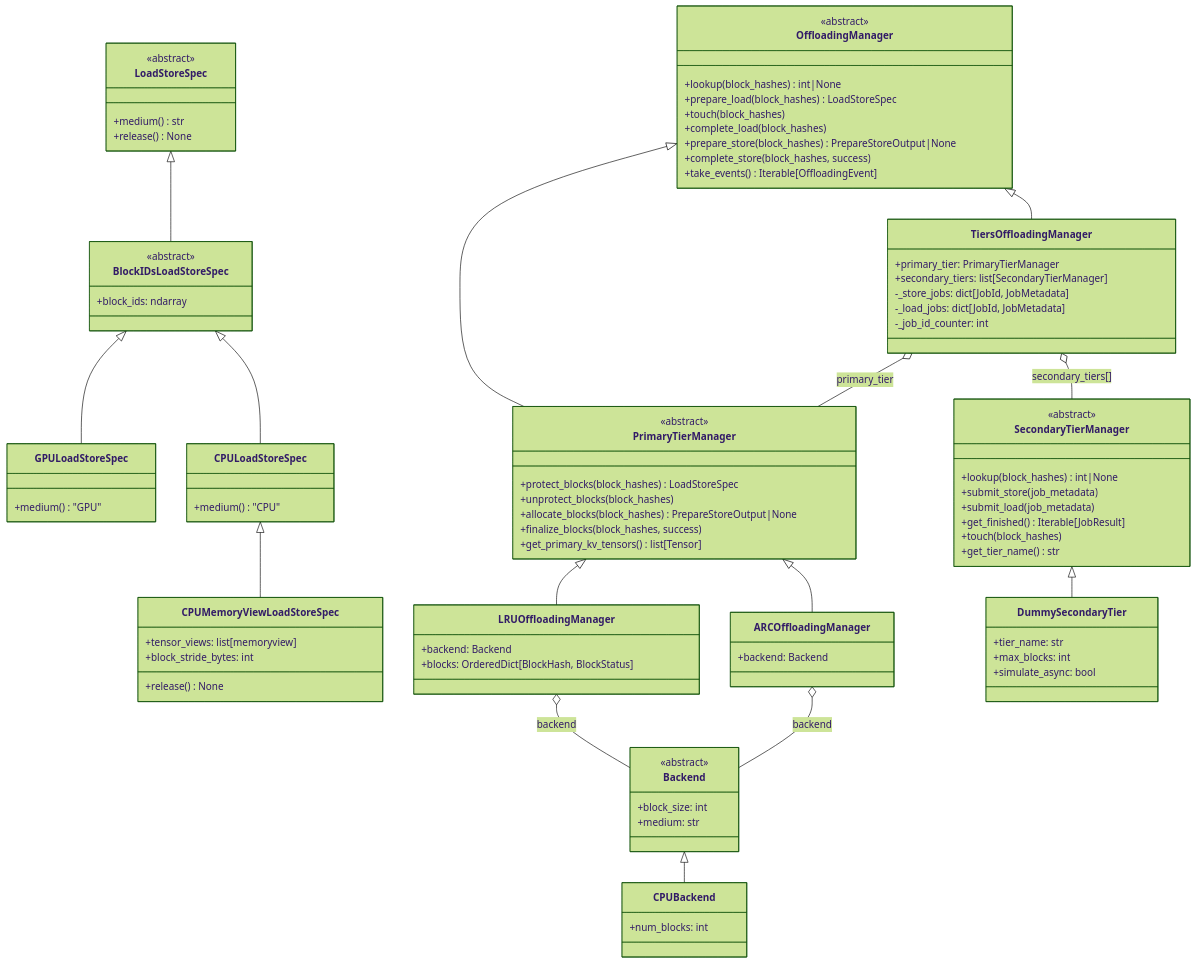
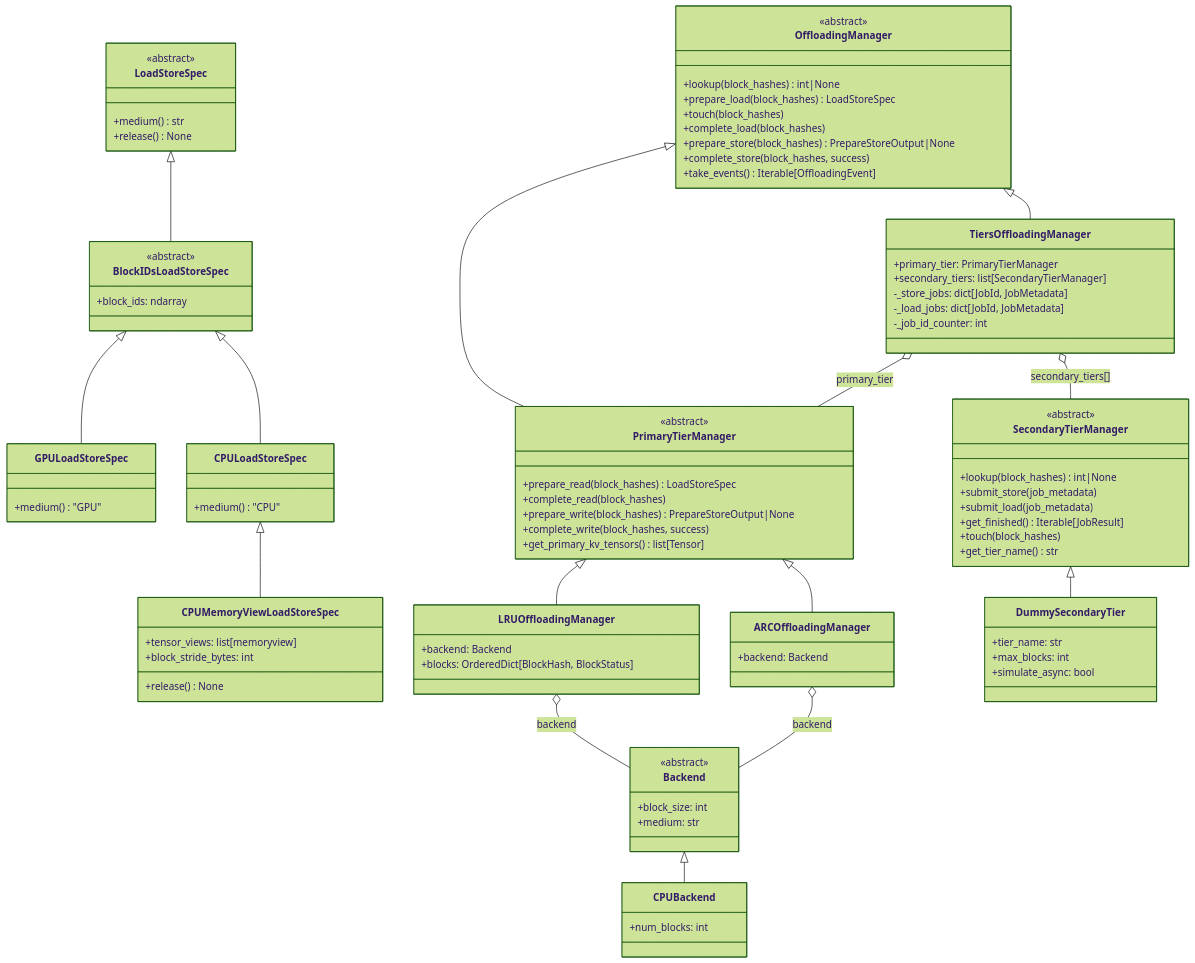
Before and after one commit to rshavitt/vllm: the first of 6 diagrams in vllm/v1/kv_offload/tiered_offloading.md, drawn with Mermaid (forest theme). The commit also changed other lines of this file and 2 other files, not shown here.

```diff
--- a/vllm/v1/kv_offload/tiered_offloading.md
+++ b/vllm/v1/kv_offload/tiered_offloading.md
@@ -597,10 +597,10 @@
 
     class PrimaryTierManager {
         <<abstract>>
-        +protect_blocks(block_hashes) LoadStoreSpec
-        +unprotect_blocks(block_hashes)
-        +allocate_blocks(block_hashes) PrepareStoreOutput|None
-        +finalize_blocks(block_hashes, success)
+        +prepare_read(block_hashes) LoadStoreSpec
+        +complete_read(block_hashes)
+        +prepare_write(block_hashes) PrepareStoreOutput|None
+        +complete_write(block_hashes, success)
         +get_primary_kv_tensors() list[Tensor]
     }
 
```
